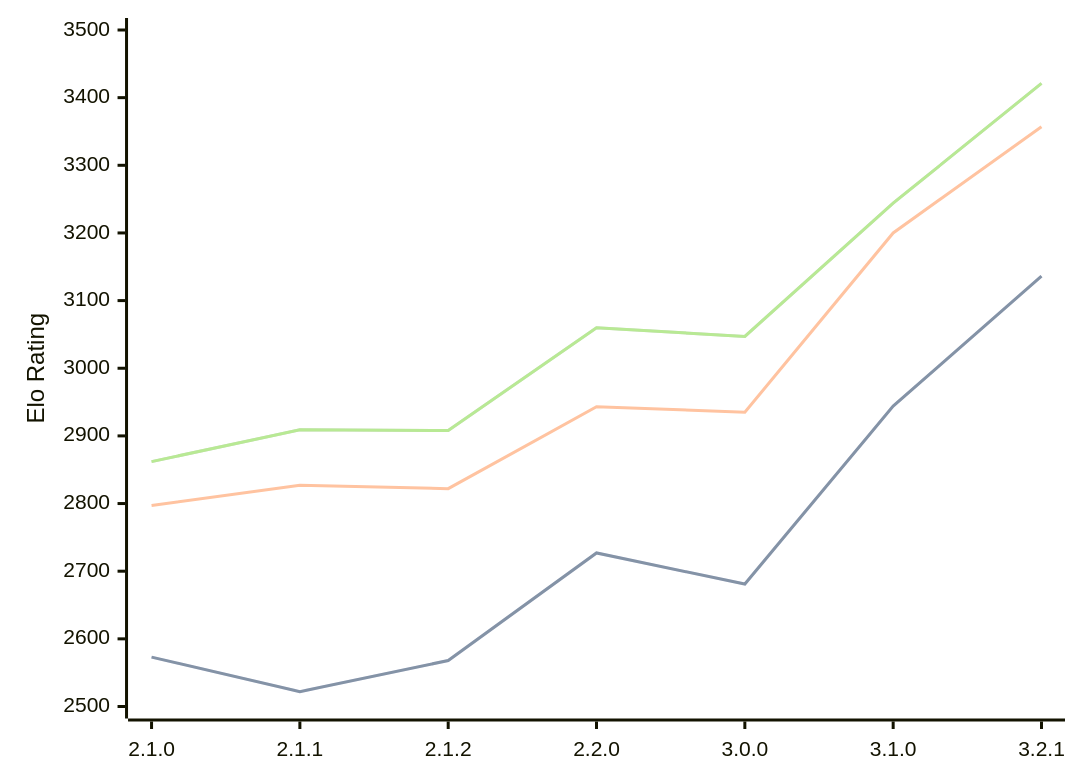
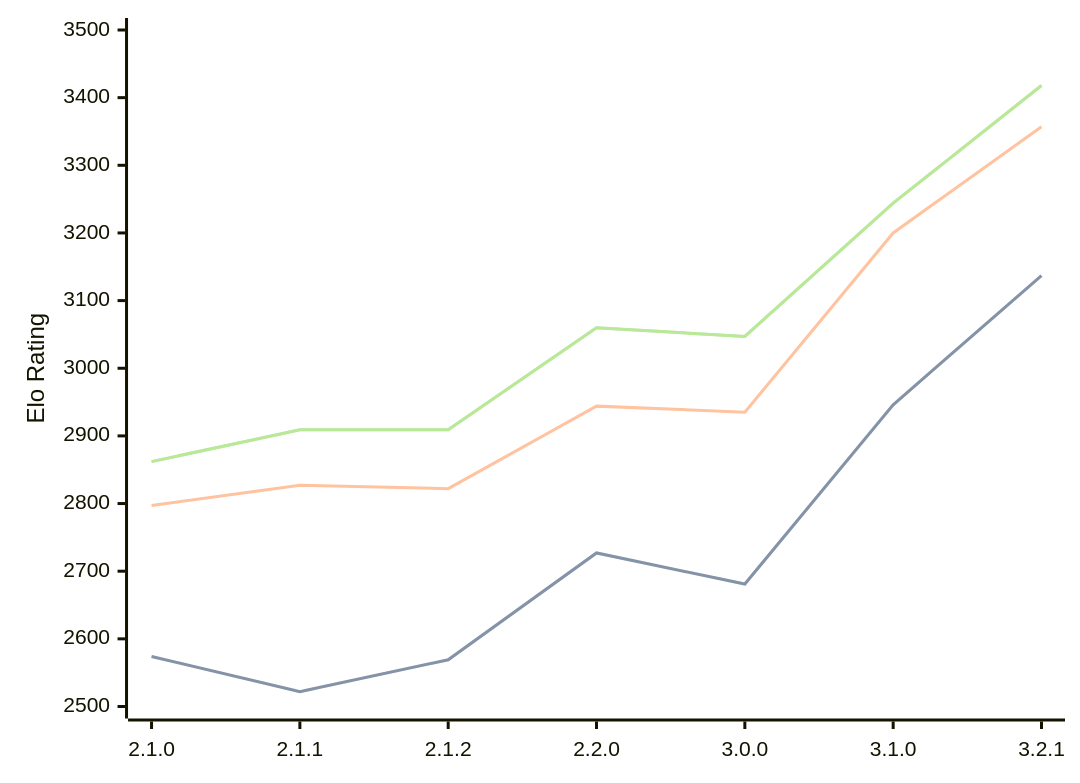
Before and after one commit to computer-chess-index/cci: the diagram in engines/Prune.md, drawn with Mermaid. The commit also changed other lines of this file, not shown here.

Commit message:
Update CCI Ratings (ELO VLTC) - 2026-03-13

````diff
--- a/engines/Prune.md
+++ b/engines/Prune.md
@@ -40,11 +40,11 @@
 ```mermaid
 %%{init: {"theme":"base","themeVariables":{"seriesColors:['#a3a3a3','#222221','#faa371']}}}%%
 xychart-beta
   x-axis ["2.1.0", "2.1.1", "2.1.2", "2.2.0", "3.0.0", "3.1.0", "3.2.1"]
   y-axis "Elo Rating" 2500 --> 3500
-  line "STC (8.0+0.08s)" [2573, 2522, 2568, 2727, 2681, 2944, 3136]
-  line "STC (8.0+0.08s)" [2573, 2522, 2568, 2727, 2681, 2944, 3136]
-  line "LTC (60.0+0.60s)" [2797, 2827, 2822, 2943, 2935, 3200, 3357]
-  line "VLTC (2m24s+1.12s)" [2862, 2909, 2908, 3060, 3047, 3244, 3421]
-  line "VLTC (2m24s+1.12s)" [2862, 2909, 2908, 3060, 3047, 3244, 3421]
+  line "STC (8.0+0.08s)" [2574, 2522, 2569, 2727, 2681, 2946, 3137]
+  line "STC (8.0+0.08s)" [2574, 2522, 2569, 2727, 2681, 2946, 3137]
+  line "LTC (60.0+0.60s)" [2797, 2827, 2822, 2944, 2935, 3200, 3357]
+  line "VLTC (2m24s+1.12s)" [2862, 2909, 2909, 3060, 3047, 3244, 3418]
+  line "VLTC (2m24s+1.12s)" [2862, 2909, 2909, 3060, 3047, 3244, 3418]
 ```
````
